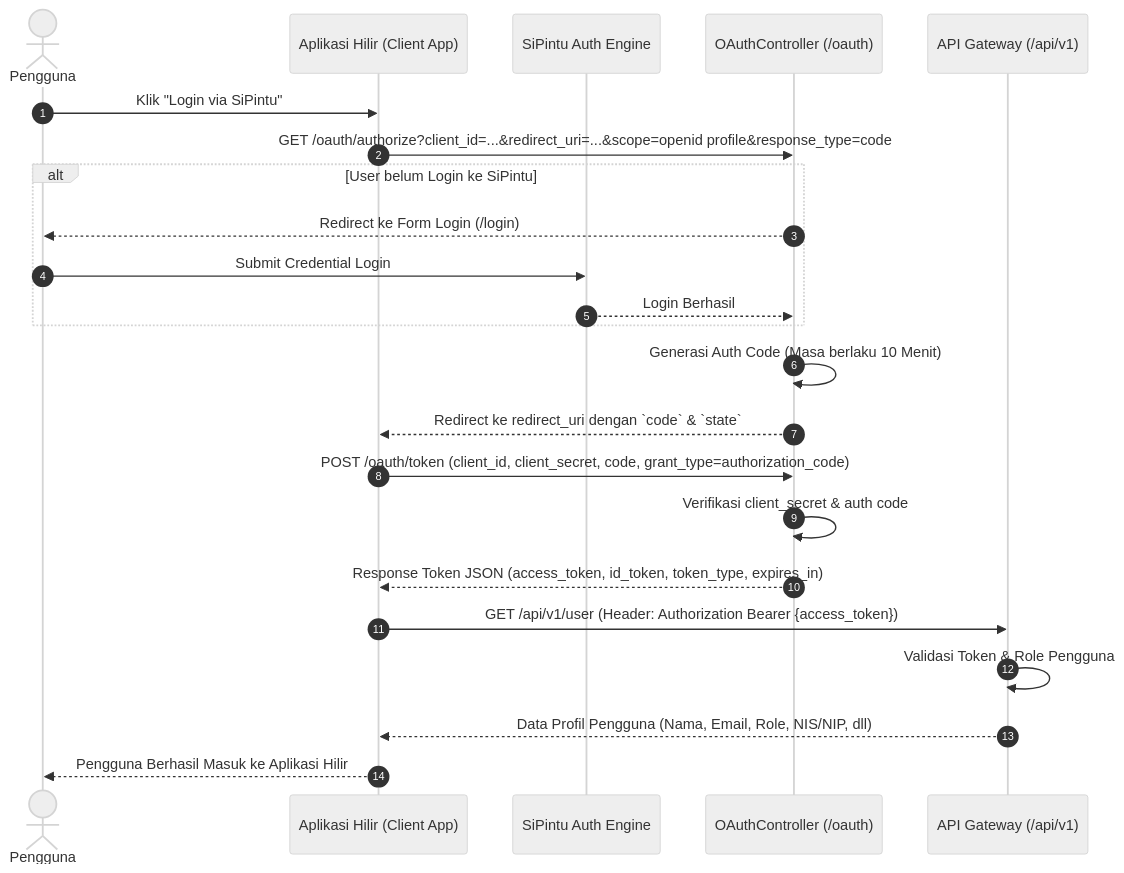
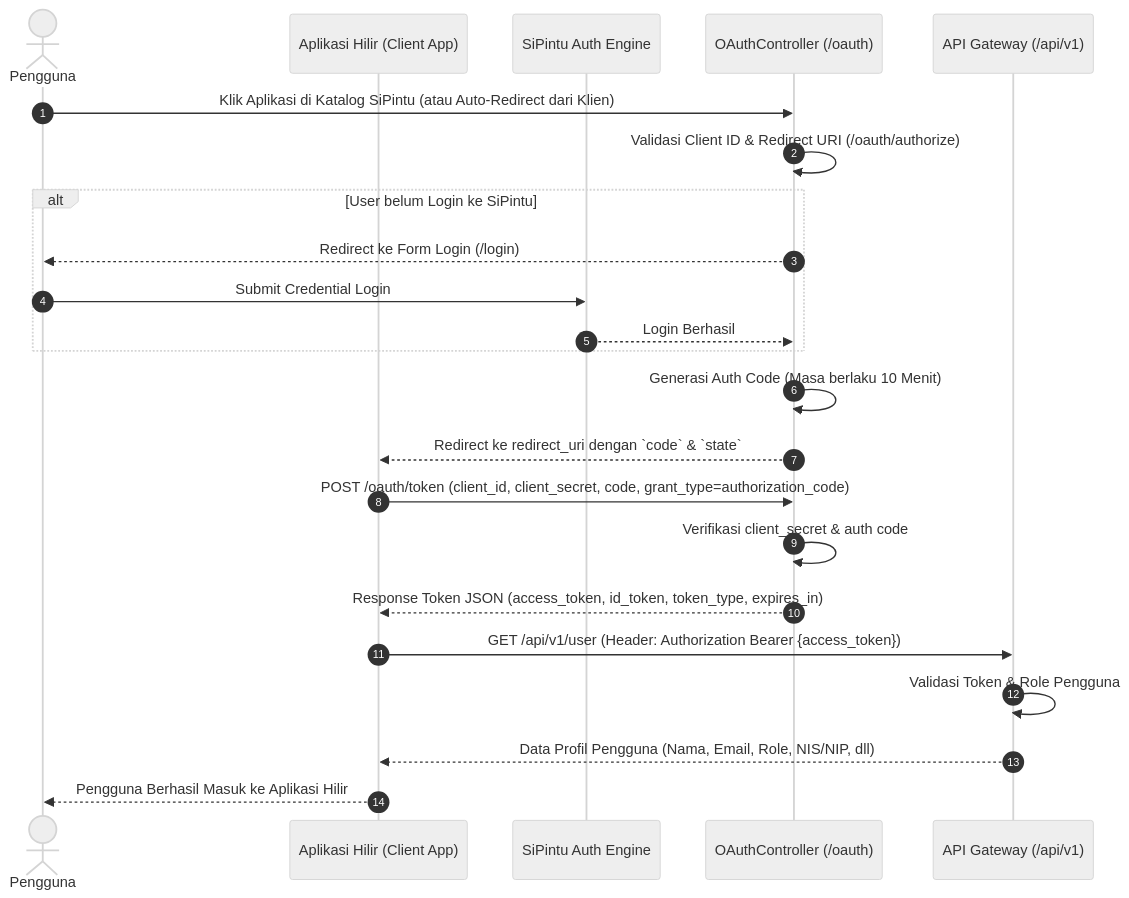
Before and after one commit to Zhylix/SiPintu: the third of 7 diagrams in ALUR_SISTEM_SIPINTU.md, drawn with Mermaid (neutral theme). The commit also changed other lines of this file and 16 other files, not shown here.

````diff
--- a/ALUR_SISTEM_SIPINTU.md
+++ b/ALUR_SISTEM_SIPINTU.md
@@ -94,30 +94,30 @@
 ```mermaid
 sequenceDiagram
     autonumber
     actor User as Pengguna
     participant ClientApp as Aplikasi Hilir (Client App)
     participant SiPintuAuth as SiPintu Auth Engine
     participant SiPintuOAuth as OAuthController (/oauth)
     participant ResourceAPI as API Gateway (/api/v1)
 
-    User->>ClientApp: Klik "Login via SiPintu"
-    ClientApp->>SiPintuOAuth: GET /oauth/authorize?client_id=...&redirect_uri=...&scope=openid profile&response_type=code
+    User->>SiPintuOAuth: Klik Aplikasi di Katalog SiPintu (atau Auto-Redirect dari Klien)
+    SiPintuOAuth->>SiPintuOAuth: Validasi Client ID & Redirect URI (/oauth/authorize)
     
     alt User belum Login ke SiPintu
         SiPintuOAuth-->>User: Redirect ke Form Login (/login)
         User->>SiPintuAuth: Submit Credential Login
         SiPintuAuth-->>SiPintuOAuth: Login Berhasil
     end
 
     SiPintuOAuth->>SiPintuOAuth: Generasi Auth Code (Masa berlaku 10 Menit)
     SiPintuOAuth-->>ClientApp: Redirect ke redirect_uri dengan `code` & `state`
     
     ClientApp->>SiPintuOAuth: POST /oauth/token (client_id, client_secret, code, grant_type=authorization_code)
     SiPintuOAuth->>SiPintuOAuth: Verifikasi client_secret & auth code
     SiPintuOAuth-->>ClientApp: Response Token JSON (access_token, id_token, token_type, expires_in)
     
     ClientApp->>ResourceAPI: GET /api/v1/user (Header: Authorization Bearer {access_token})
     ResourceAPI->>ResourceAPI: Validasi Token & Role Pengguna
     ResourceAPI-->>ClientApp: Data Profil Pengguna (Nama, Email, Role, NIS/NIP, dll)
     ClientApp-->>User: Pengguna Berhasil Masuk ke Aplikasi Hilir
 ```
````
